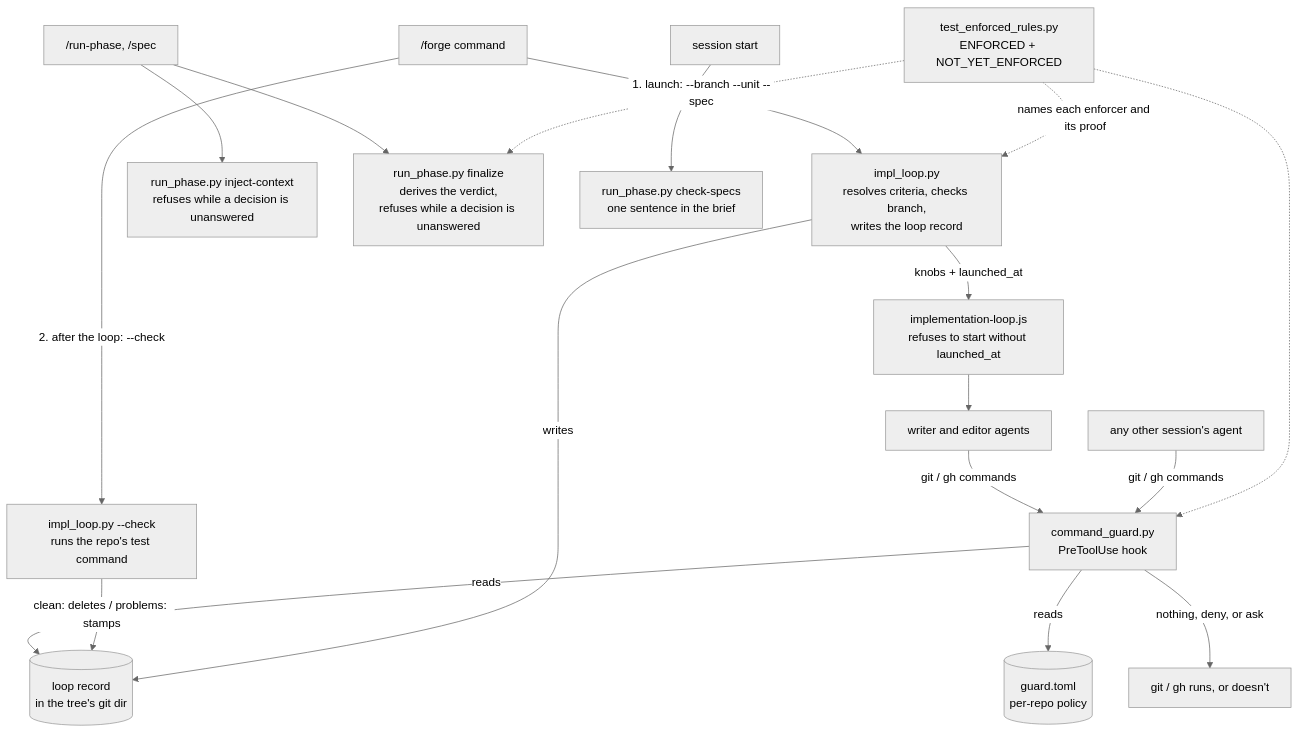
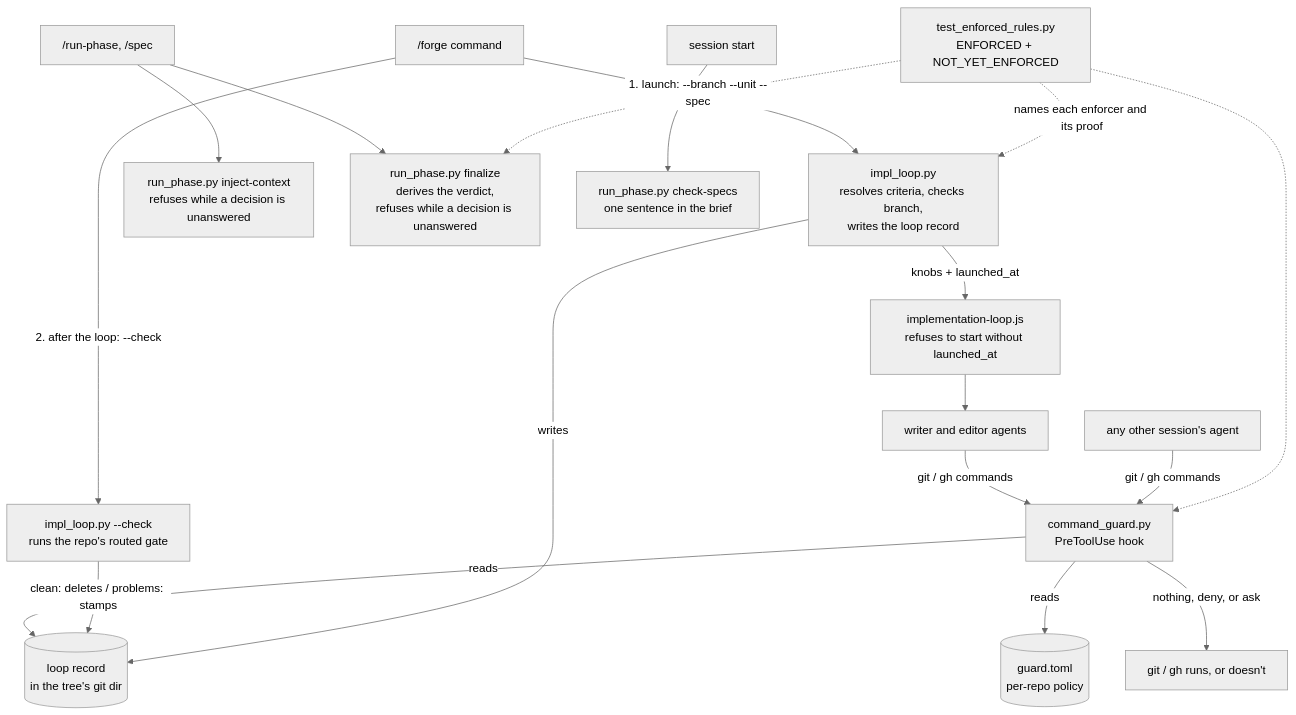
Before and after one commit to eladrianovalle/TheStudio: the diagram in specs/enforcement-layer.md, drawn with Mermaid (neutral theme). The commit also changed other lines of this file and 11 other files, not shown here.

Commit message:
writer: routed_post_loop_check

````diff
--- a/specs/enforcement-layer.md
+++ b/specs/enforcement-layer.md
@@ -47,22 +47,22 @@
 ```mermaid
 flowchart TD
     Forge["/forge command"] -->|"1. launch: --branch --unit --spec"| Launch["impl_loop.py<br/>resolves criteria, checks branch,<br/>writes the loop record"]
     Launch -->|"knobs + launched_at"| Loop["implementation-loop.js<br/>refuses to start without launched_at"]
     Loop --> Agents["writer and editor agents"]
     Agents -->|"git / gh commands"| Guard["command_guard.py<br/>PreToolUse hook"]
     Other["any other session's agent"] -->|"git / gh commands"| Guard
     Guard -->|reads| Record[("loop record<br/>in the tree's git dir")]
     Guard -->|reads| Policy[("guard.toml<br/>per-repo policy")]
     Guard -->|"nothing, deny, or ask"| Git["git / gh runs, or doesn't"]
-    Forge -->|"2. after the loop: --check"| Check["impl_loop.py --check<br/>runs the repo's test command"]
+    Forge -->|"2. after the loop: --check"| Check["impl_loop.py --check<br/>runs the repo's routed gate"]
     Check -->|"clean: deletes / problems: stamps"| Record
     Launch -->|writes| Record
 
     Debate["/run-phase, /spec"] --> Inject["run_phase.py inject-context<br/>refuses while a decision is unanswered"]
     Debate --> Finalize["run_phase.py finalize<br/>derives the verdict,<br/>refuses while a decision is unanswered"]
     Session["session start"] --> CheckSpecs["run_phase.py check-specs<br/>one sentence in the brief"]
 
     Table["test_enforced_rules.py<br/>ENFORCED + NOT_YET_ENFORCED"] -.->|"names each enforcer and its proof"| Launch
     Table -.-> Guard
     Table -.-> Finalize
 ```
````
